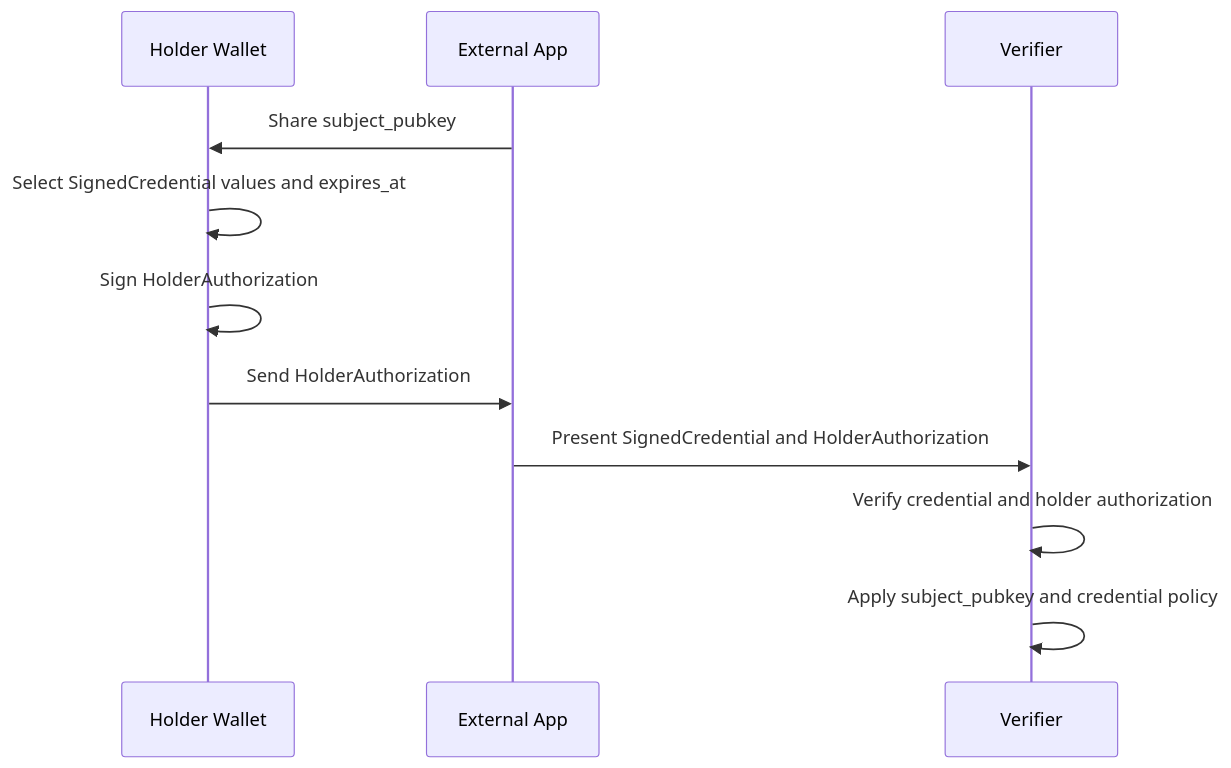
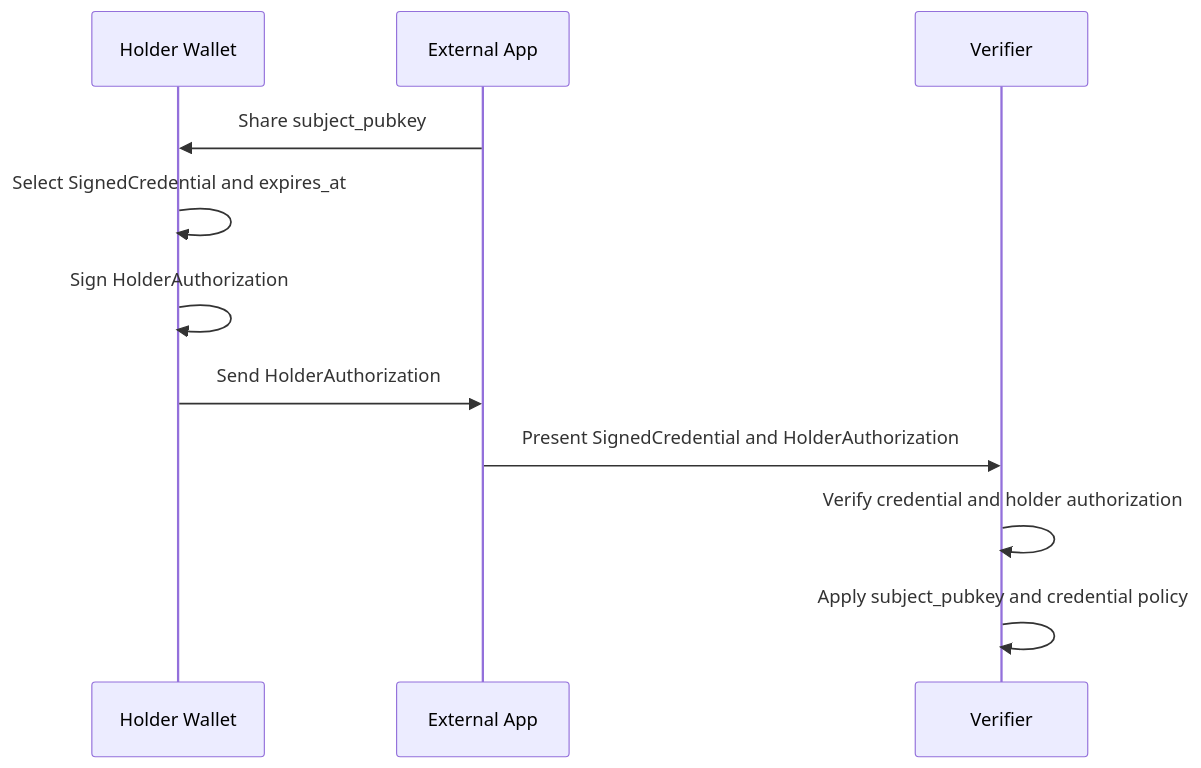
Before and after one commit to fedibtc/credential-sdk: the third of 4 diagrams in docs/protocol-flow.md, drawn with Mermaid. The commit also changed other lines of this file and 20 other files, not shown here.

````diff
--- a/docs/protocol-flow.md
+++ b/docs/protocol-flow.md
@@ -44,14 +44,14 @@
 ```mermaid
 sequenceDiagram
   participant W as Holder Wallet
   participant A as External App
   participant V as Verifier
 
   A->>W: Share subject_pubkey
-  W->>W: Select SignedCredential values and expires_at
+  W->>W: Select SignedCredential and expires_at
   W->>W: Sign HolderAuthorization
   W->>A: Send HolderAuthorization
   A->>V: Present SignedCredential and HolderAuthorization
   V->>V: Verify credential and holder authorization
   V->>V: Apply subject_pubkey and credential policy
 ```
````
